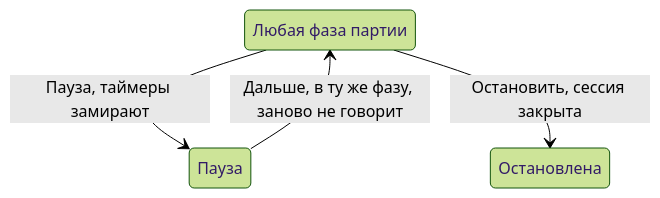
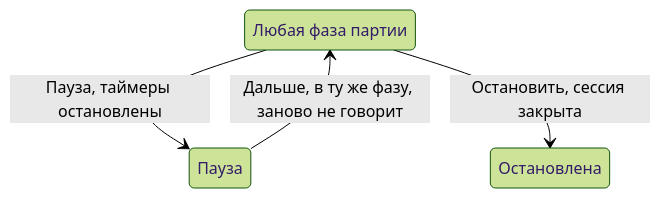
One commit to roginvs/aisigame changed the fifth of 5 diagrams in docs/GAME.md. Above: the diagram before and after it, drawn with Mermaid (forest theme). The commit also changed other lines of this file and 10 other files, not shown here.

````diff
--- a/docs/GAME.md
+++ b/docs/GAME.md
@@ -193,9 +193,9 @@
 ```mermaid
 stateDiagram-v2
   state "Любая фаза партии" as Play
   state "Пауза" as Pause
   state "Остановлена" as Stop
-  Play --> Pause: Пауза, таймеры замирают
+  Play --> Pause: Пауза, таймеры остановлены
   Pause --> Play: Дальше, в ту же фазу, заново не говорит
   Play --> Stop: Остановить, сессия закрыта
 ```
````
